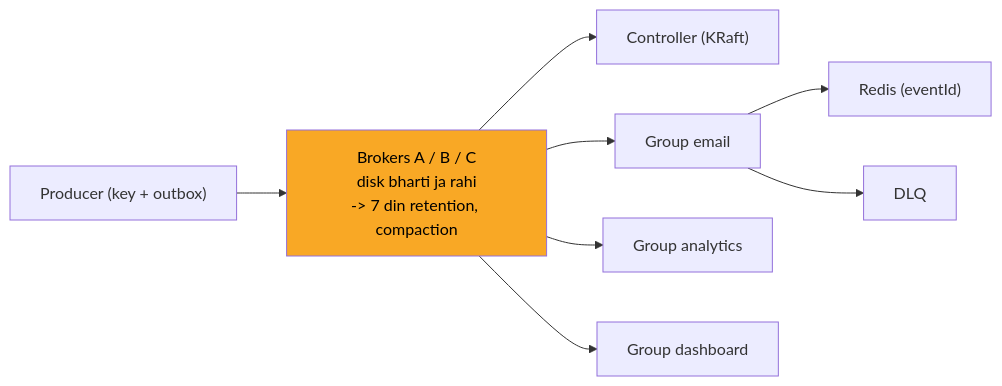
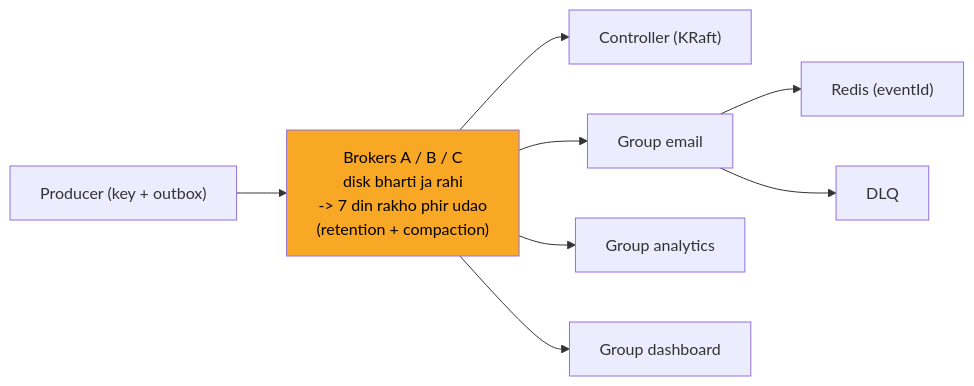
One commit to ArpanMaheshwari144/Prep changed diagram 11 of 12 in 04_HLD/SYSTEM_DESIGNS/12_message_queue_kafka/12_message_queue_kafka.md. Above: the diagram before and after it, drawn with Mermaid. The commit also changed other lines of this file and 13 other files, not shown here.

````diff
--- a/04_HLD/SYSTEM_DESIGNS/12_message_queue_kafka/12_message_queue_kafka.md
+++ b/04_HLD/SYSTEM_DESIGNS/12_message_queue_kafka/12_message_queue_kafka.md
@@ -352,19 +352,19 @@
 ```mermaid
 flowchart LR
     n_P["Producer (key + outbox)"]
-    n_B["Brokers A / B / C<br/>disk bharti ja rahi<br/>-> 7 din retention, compaction"]
+    n_B["Brokers A / B / C<br/>disk bharti ja rahi<br/>-> 7 din rakho phir udao<br/>(retention + compaction)"]
     n_K["Controller (KRaft)"]
     n_GE["Group email"]
     n_R["Redis (eventId)"]
     n_DLQ["DLQ"]
     n_GA["Group analytics"]
     n_GD["Group dashboard"]
     n_P --> n_B
     n_B --> n_K
     n_B --> n_GE
     n_B --> n_GA
     n_B --> n_GD
     n_GE --> n_R
     n_GE --> n_DLQ
     style n_B fill:#f9a825,color:#000
 ```
````
